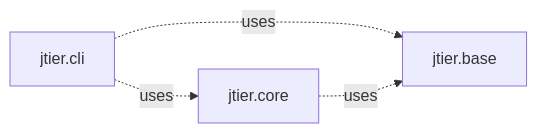
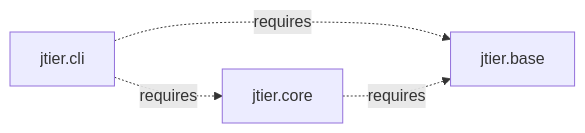
One commit to cchacin/jigsaw changed the second of 2 diagrams in README.md. Above: the diagram before and after it, drawn with Mermaid.

Commit message:
Basic module structure

````diff
--- a/README.md
+++ b/README.md
@@ -12,6 +12,6 @@
 ```mermaid
 graph LR;
-  jtier.cli-.uses.->jtier.core;
-  jtier.cli-.uses.->jtier.base;
-  jtier.core-.uses.->jtier.base;
+  jtier.cli-.requires.->jtier.core;
+  jtier.cli-.requires.->jtier.base;
+  jtier.core-.requires.->jtier.base;
 ```
````
